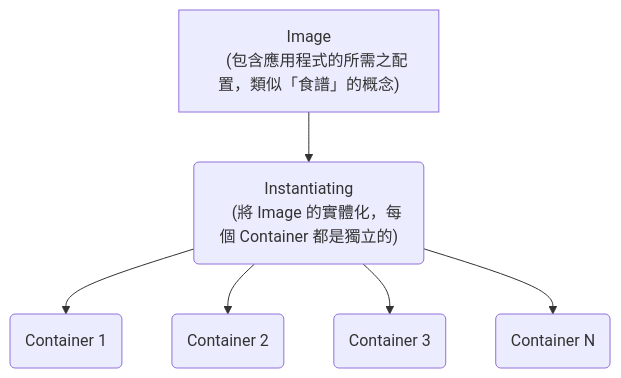
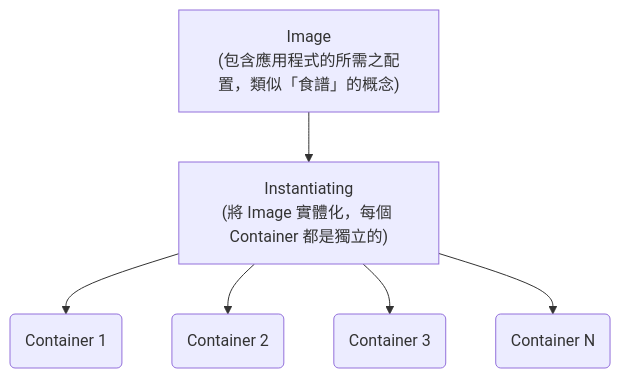
The second of 8 diagrams in Docker/1-why_use_docker.md (ChiuWeiChung/notes-markdown), drawn with Mermaid before and after one commit. The commit also changed other lines of this file and 43 other files, not shown here.

````diff
--- a/Docker/1-why_use_docker.md
+++ b/Docker/1-why_use_docker.md
@@ -54,20 +54,16 @@
 ```mermaid
 flowchart TD
-    Image["Image
-    (包含應用程式的所需之配置，類似「食譜」的概念)
-    "]
+    Image["Image<br>(包含應用程式的所需之配置，類似「食譜」的概念)"]
+    instantiating["Instantiating<br>(將 Image 實體化，每個 Container 都是獨立的)"]
+    
     Container1(Container 1)
     Container2(Container 2)
     Container3(Container 3)
     ContainerN(Container N)
-    instantiating("Instantiating
-    (將 Image 的實體化，每個 Container 都是獨立的)
-    ")
-    
-    Image-->instantiating
-    
-    instantiating-->Container1
-    instantiating-->Container2
-    instantiating-->Container3
-    instantiating-->ContainerN
+
+    Image --> instantiating
+    instantiating --> Container1
+    instantiating --> Container2
+    instantiating --> Container3
+    instantiating --> ContainerN
 ```
````
